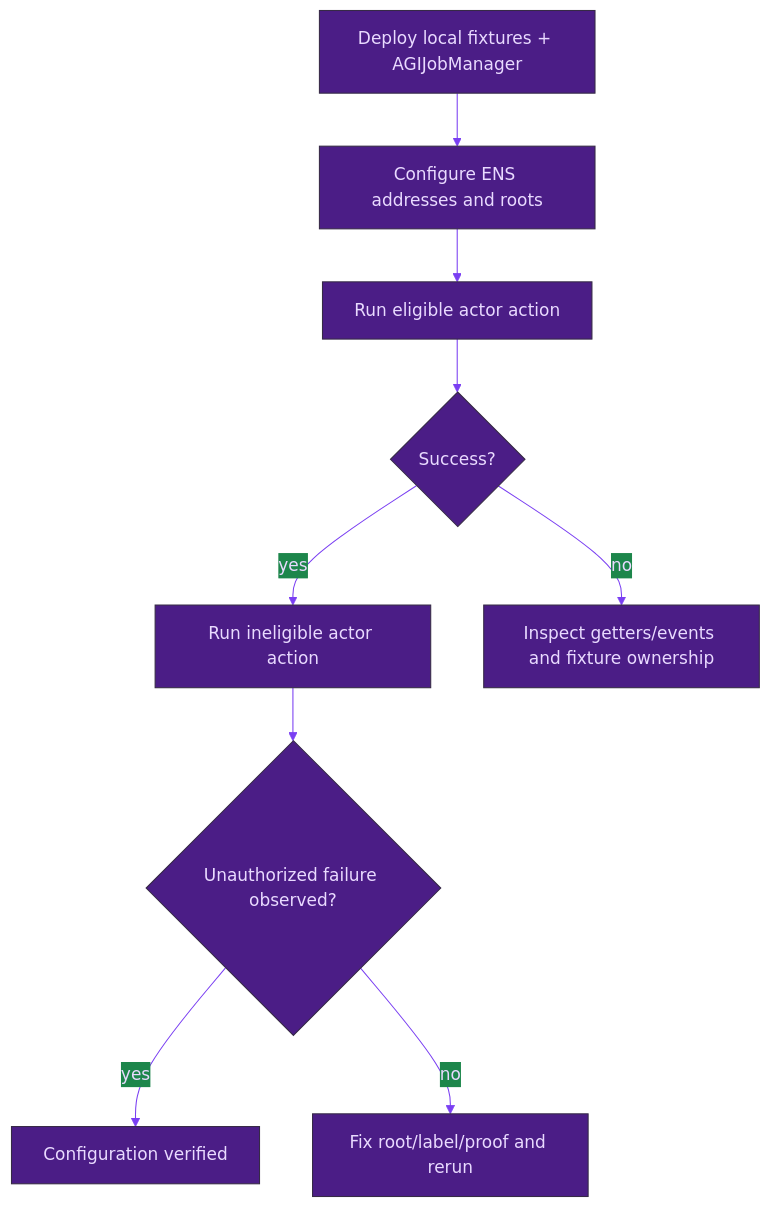
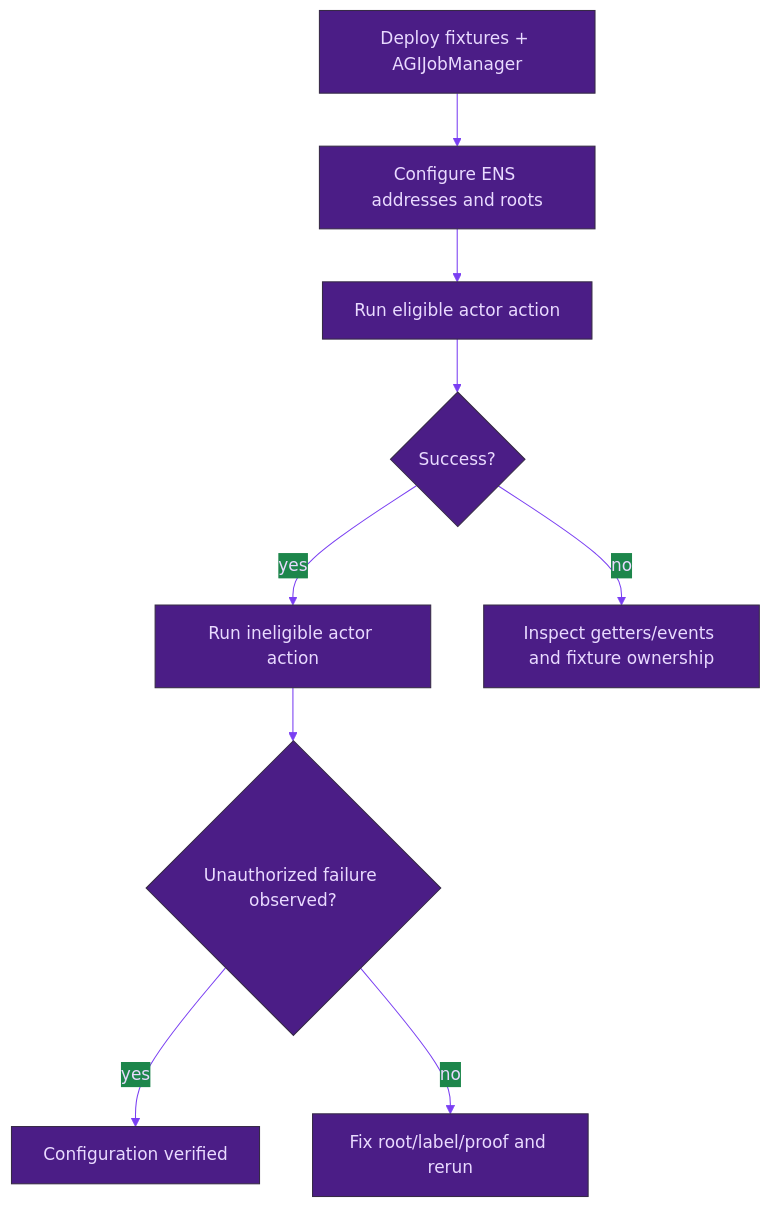
The second of 2 diagrams in docs/INTEGRATIONS/ENS_USE_CASE.md (MontrealAI/AGIJobManager), drawn with Mermaid before and after one commit. The commit also changed other lines of this file and 6 other files, not shown here.

````diff
--- a/docs/INTEGRATIONS/ENS_USE_CASE.md
+++ b/docs/INTEGRATIONS/ENS_USE_CASE.md
@@ -46,17 +54,17 @@
 ```mermaid
 %%{init: {"theme":"base","themeVariables":{
 "fontFamily":"ui-sans-serif, system-ui, -apple-system, Segoe UI, Roboto, Arial",
 "background":"#14001F","primaryColor":"#4B1D86","primaryTextColor":"#E9DAFF",
 "lineColor":"#7A3FF2","tertiaryColor":"#1B0B2A",
 "noteBkgColor":"#1B0B2A","noteTextColor":"#E9DAFF"
 }}}%%
 flowchart TD
-    A[Deploy local fixtures + AGIJobManager] --> B[Configure ENS addresses and roots]
+    A[Deploy fixtures + AGIJobManager] --> B[Configure ENS addresses and roots]
     B --> C[Run eligible actor action]
     C --> D{Success?}
     D -->|yes| E[Run ineligible actor action]
     D -->|no| F[Inspect getters/events and fixture ownership]
     E --> G{Unauthorized failure observed?}
     G -->|yes| H[Configuration verified]
     G -->|no| I[Fix root/label/proof and rerun]
 ```
````
